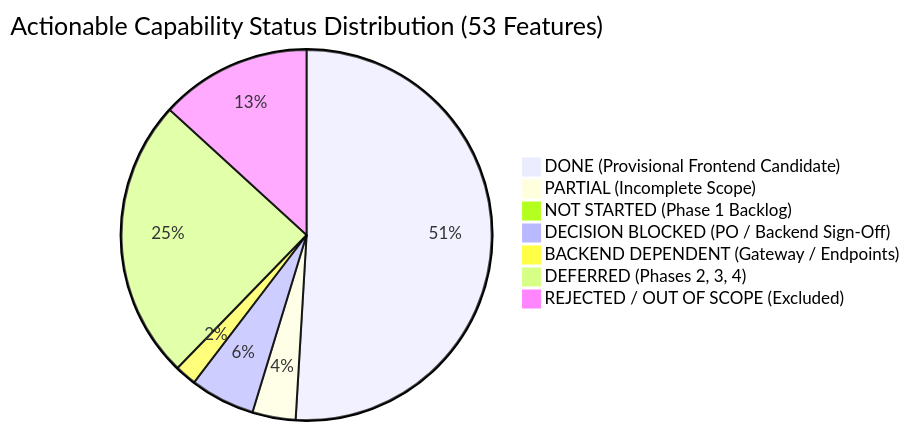
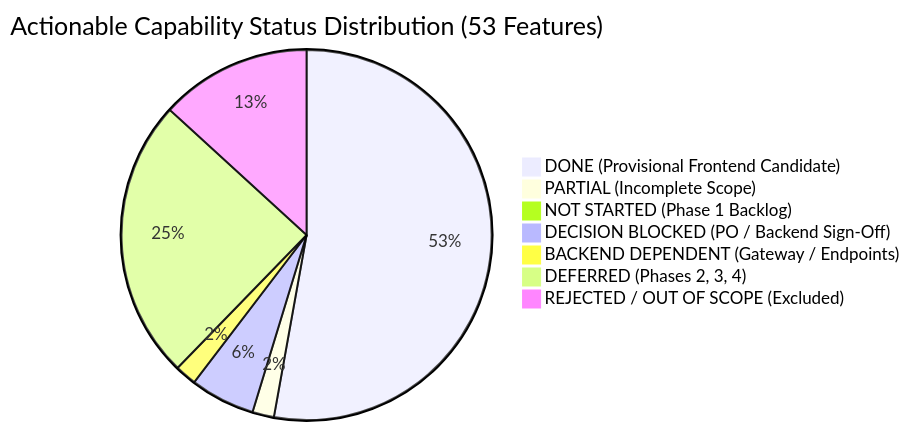
Before and after one commit to Samudra-Bose/sonder: the first of 2 diagrams in docs/04-implementation/sonder-frontend-completion-tracker.md, drawn with Mermaid. The commit also changed other lines of this file and 8 other files, not shown here.

Commit message:
fix(release): close phase 1 partial scope, harden role-preview and audit search (VS-09L)

````diff
--- a/docs/04-implementation/sonder-frontend-completion-tracker.md
+++ b/docs/04-implementation/sonder-frontend-completion-tracker.md
@@ -88,10 +88,10 @@
 ```mermaid
 pie title Actionable Capability Status Distribution (53 Features)
-    "DONE (Provisional Frontend Candidate)" : 27
-    "PARTIAL (Incomplete Scope)" : 2
+    "DONE (Provisional Frontend Candidate)" : 28
+    "PARTIAL (Incomplete Scope)" : 1
     "NOT STARTED (Phase 1 Backlog)" : 0
     "DECISION BLOCKED (PO / Backend Sign-Off)" : 3
     "BACKEND DEPENDENT (Gateway / Endpoints)" : 1
     "DEFERRED (Phases 2, 3, 4)" : 13
     "REJECTED / OUT OF SCOPE (Excluded)" : 7
 ```
````
